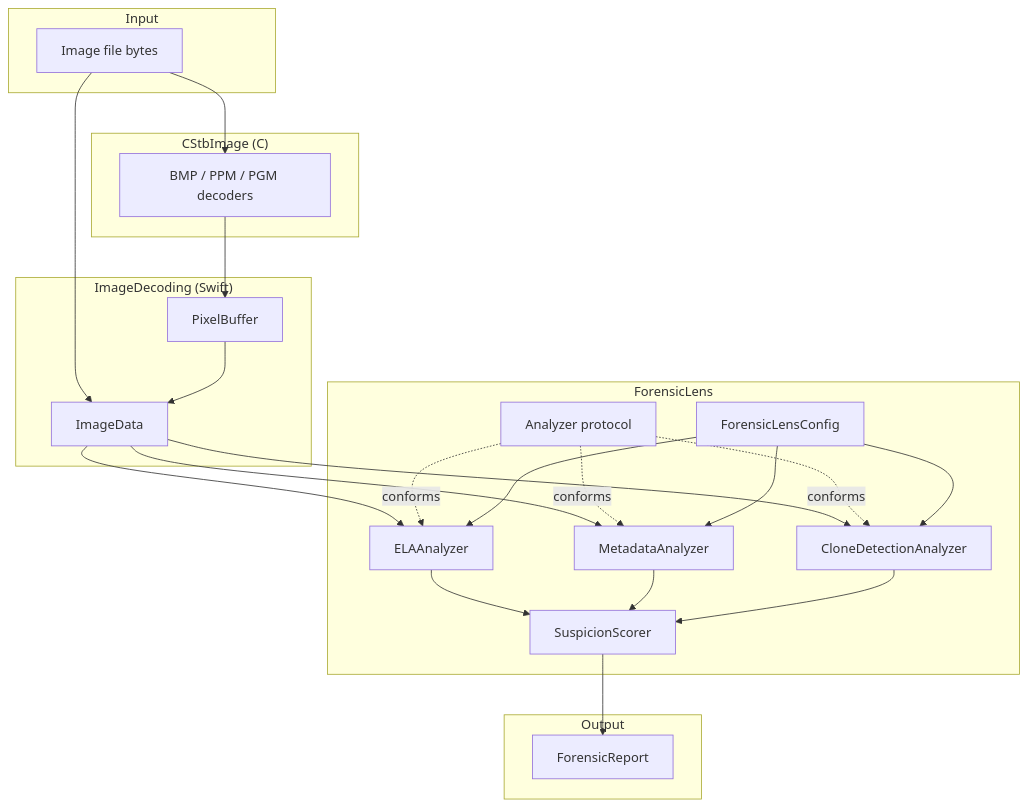
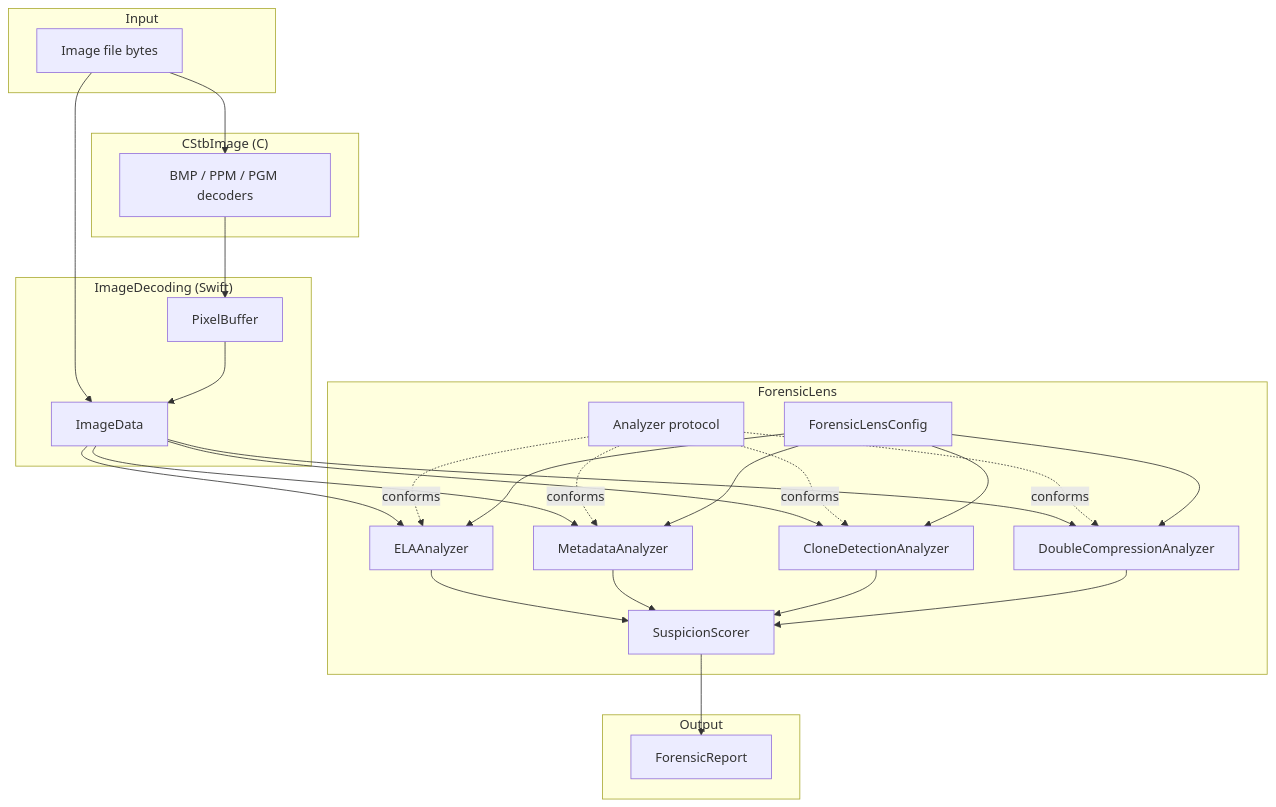
Before and after one commit to Deipedra34/ForensicLens: the diagram in README.md, drawn with Mermaid. The commit also changed other lines of this file and 8 other files, not shown here.

First line of the commit message:
Add double JPEG compression detection analyzer

````diff
--- a/README.md
+++ b/README.md
@@ -30,46 +31,51 @@
 ```mermaid
 flowchart TB
     subgraph Input
         File[Image file bytes]
     end
 
     subgraph CStbImage["CStbImage (C)"]
         Decode[BMP / PPM / PGM decoders]
     end
 
     subgraph ImageDecoding["ImageDecoding (Swift)"]
         PixelBuffer[PixelBuffer]
         ImageData[ImageData]
     end
 
     subgraph ForensicLens["ForensicLens"]
         Analyzer["Analyzer protocol"]
         ELA[ELAAnalyzer]
         Meta[MetadataAnalyzer]
         Clone[CloneDetectionAnalyzer]
+        DoubleComp[DoubleCompressionAnalyzer]
         Scorer[SuspicionScorer]
         Config[ForensicLensConfig]
     end
 
     subgraph Output
         Report[ForensicReport]
     end
 
     File --> Decode
     Decode --> PixelBuffer
     File --> ImageData
     PixelBuffer --> ImageData
     ImageData --> ELA
     ImageData --> Meta
     ImageData --> Clone
+    ImageData --> DoubleComp
     Analyzer -.conforms.-> ELA
     Analyzer -.conforms.-> Meta
     Analyzer -.conforms.-> Clone
+    Analyzer -.conforms.-> DoubleComp
     Config --> ELA
     Config --> Meta
     Config --> Clone
+    Config --> DoubleComp
     ELA --> Scorer
     Meta --> Scorer
     Clone --> Scorer
+    DoubleComp --> Scorer
     Scorer --> Report
 ```
````
